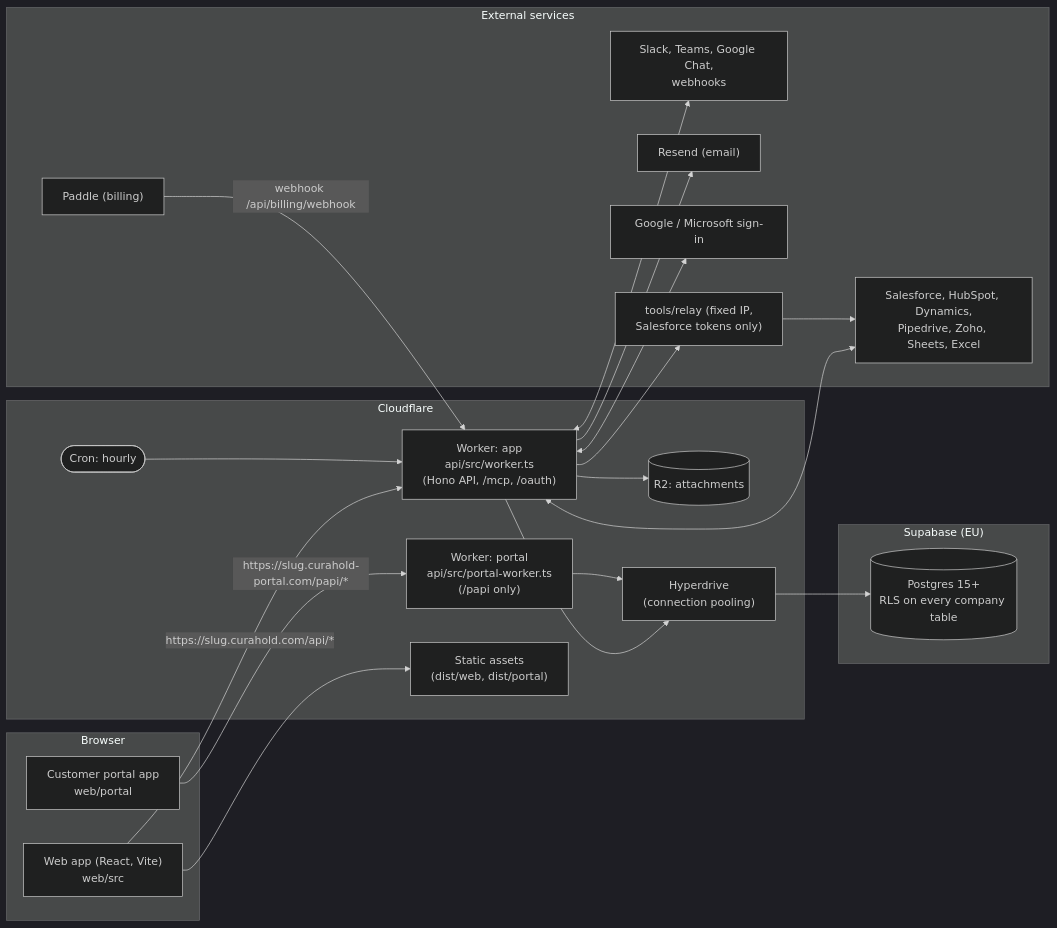
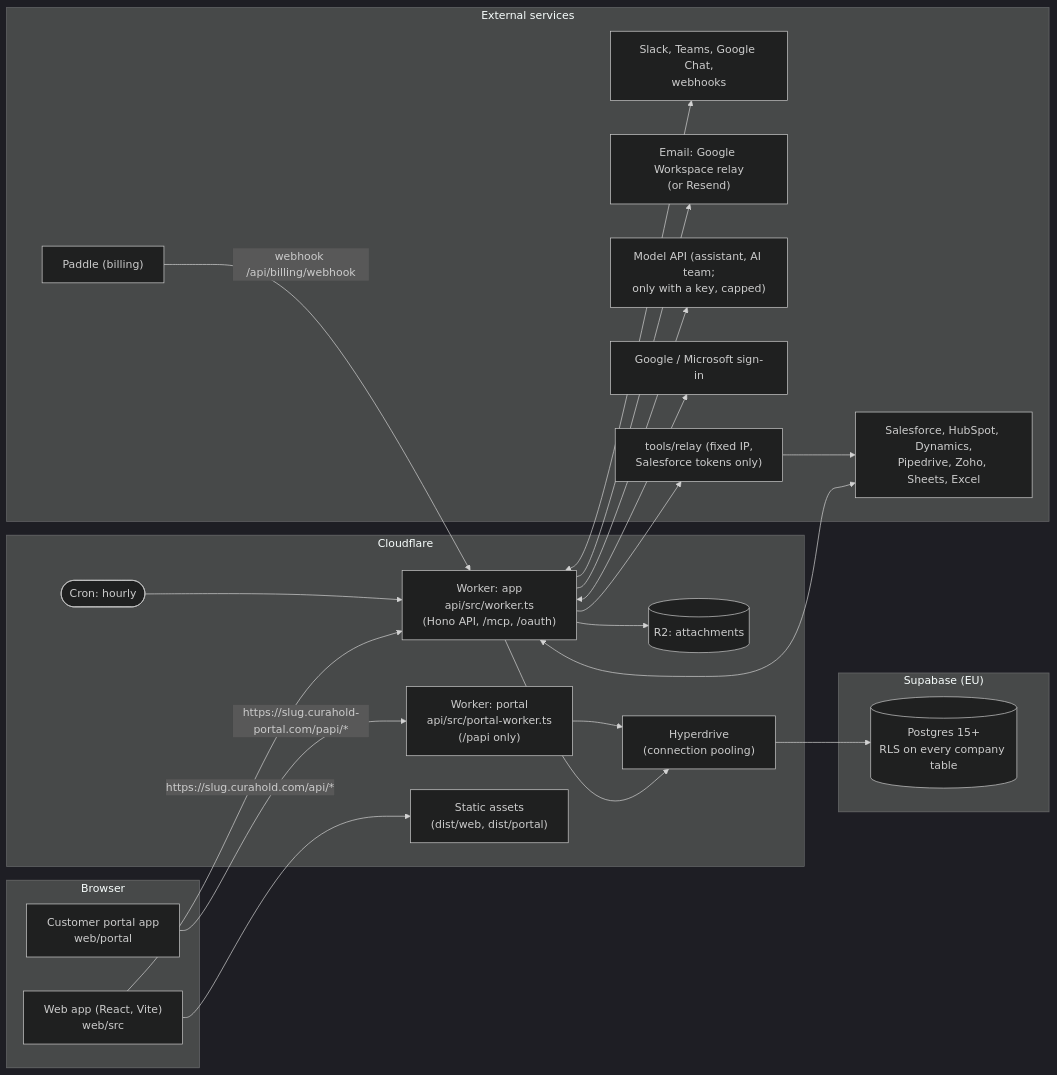
One commit to mfurkankeles/curahold changed the first of 2 diagrams in ARCHITECTURE.md. Above: the diagram before and after it, drawn with Mermaid (dark theme). The commit also changed other lines of this file and 3 other files, not shown here.

````diff
--- a/ARCHITECTURE.md
+++ b/ARCHITECTURE.md
@@ -17,43 +20,45 @@
 ```mermaid
 flowchart LR
   subgraph Browser
     SPA["Web app (React, Vite)\nweb/src"]
     PORTALSPA["Customer portal app\nweb/portal"]
   end
 
   subgraph Edge["Cloudflare"]
     W["Worker: app\napi/src/worker.ts\n(Hono API, /mcp, /oauth)"]
     PW["Worker: portal\napi/src/portal-worker.ts\n(/papi only)"]
     ASSETS["Static assets\n(dist/web, dist/portal)"]
     R2[("R2: attachments")]
     CRON(["Cron: hourly"])
     HD["Hyperdrive\n(connection pooling)"]
   end
 
   subgraph Data["Supabase (EU)"]
     PG[("Postgres 15+\nRLS on every company table")]
   end
 
   subgraph Ext["External services"]
     CHAT["Slack, Teams, Google Chat,\nwebhooks"]
     CRM["Salesforce, HubSpot, Dynamics,\nPipedrive, Zoho, Sheets, Excel"]
-    MAIL["Resend (email)"]
+    MAIL["Email: Google Workspace relay\n(or Resend)"]
+    LLM["Model API (assistant, AI team;\nonly with a key, capped)"]
     PAD["Paddle (billing)"]
     IDP["Google / Microsoft sign-in"]
     RELAY["tools/relay (fixed IP,\nSalesforce tokens only)"]
   end
 
   SPA -->|"https://slug.curahold.com/api/*"| W
   SPA --> ASSETS
   PORTALSPA -->|"https://slug.curahold-portal.com/papi/*"| PW
   W --> HD --> PG
   PW --> HD
   W --> R2
   CRON --> W
   W <--> CHAT
   W <--> CRM
   W --> RELAY --> CRM
   W --> MAIL
+  W --> LLM
   PAD -->|"webhook /api/billing/webhook"| W
   W <--> IDP
 ```
````
